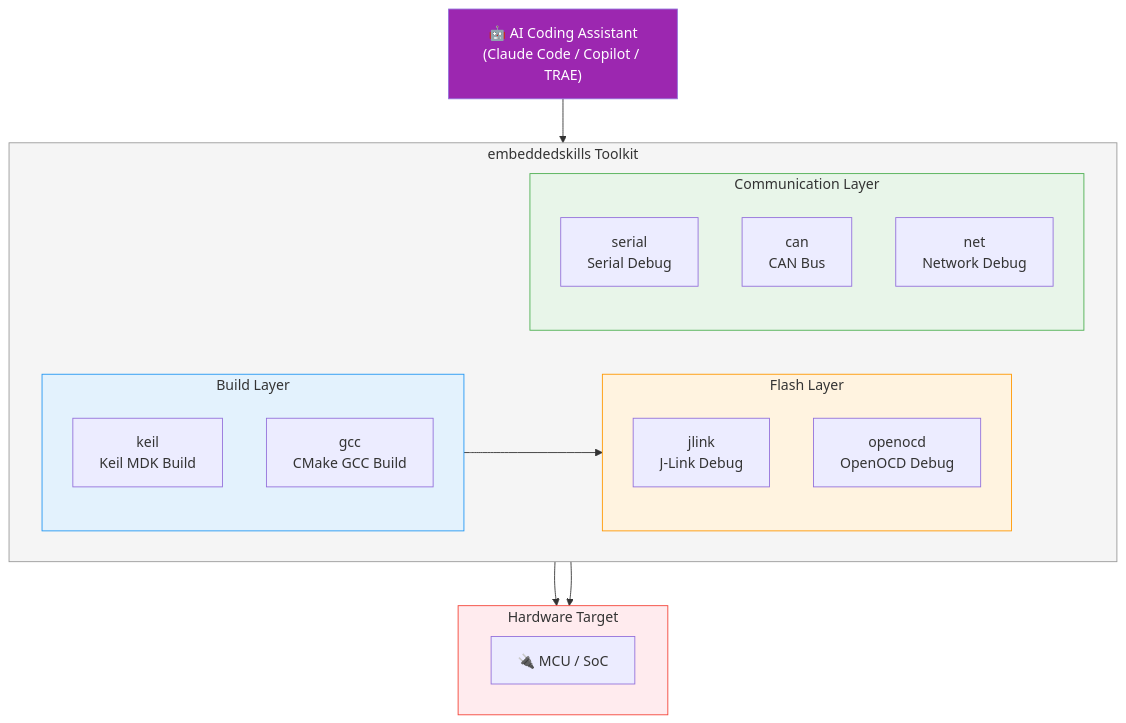
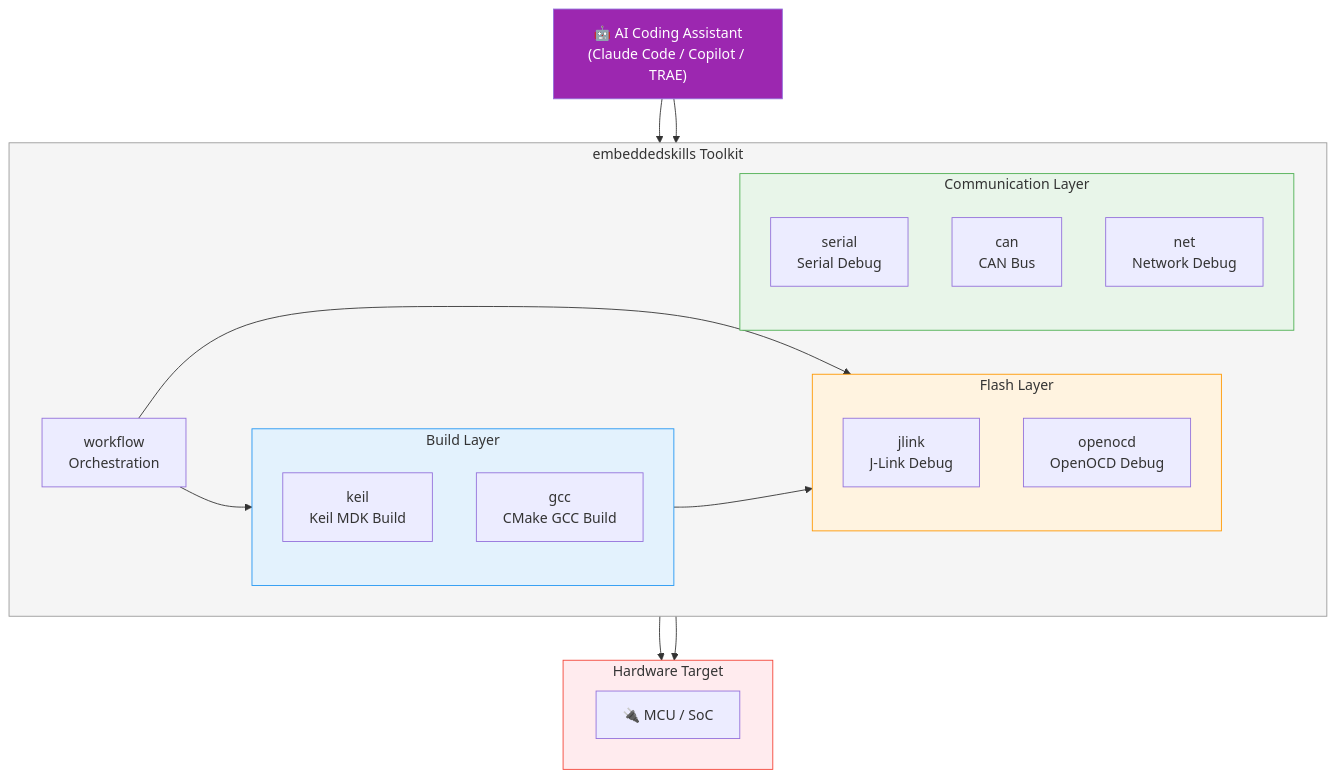
One commit to zhinkgit/embeddedskills changed the third of 3 diagrams in README.en.md. Above: the diagram before and after it, drawn with Mermaid. The commit also changed other lines of this file and 31 other files, not shown here.

````diff
--- a/README.en.md
+++ b/README.en.md
@@ -102,37 +102,41 @@
 ```mermaid
 graph TB
     AI["🤖 AI Coding Assistant<br/>(Claude Code / Copilot / TRAE)"]
 
     subgraph skills["embeddedskills Toolkit"]
         direction LR
         subgraph build["Build Layer"]
             keil["keil<br/>Keil MDK Build"]
             gcc["gcc<br/>CMake GCC Build"]
         end
+        workflow["workflow<br/>Orchestration"]
         subgraph flash["Flash Layer"]
             jlink["jlink<br/>J-Link Debug"]
             openocd["openocd<br/>OpenOCD Debug"]
         end
         subgraph comm["Communication Layer"]
             serial["serial<br/>Serial Debug"]
             can["can<br/>CAN Bus"]
             net["net<br/>Network Debug"]
         end
     end
 
     subgraph hw["Hardware Target"]
         MCU["🔌 MCU / SoC"]
     end
 
+    AI --> workflow
+    workflow --> build
+    workflow --> flash
     AI --> skills
     build --> flash
     flash --> hw
     comm --> hw
 
     style AI fill:#9C27B0,color:#fff
     style skills fill:#F5F5F5,stroke:#999
     style build fill:#E3F2FD,stroke:#2196F3
     style flash fill:#FFF3E0,stroke:#FF9800
     style comm fill:#E8F5E9,stroke:#4CAF50
     style hw fill:#FFEBEE,stroke:#F44336
 ```
````
